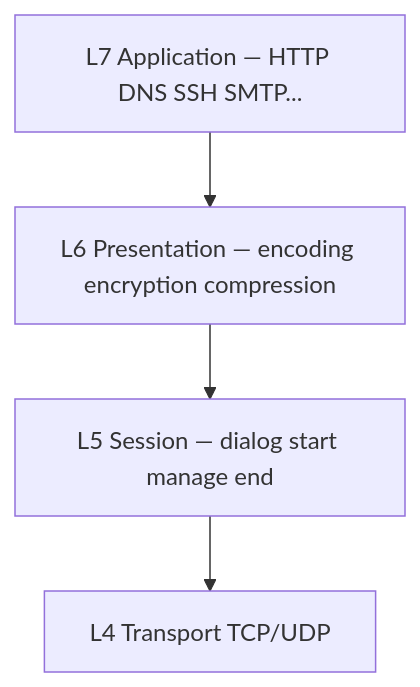
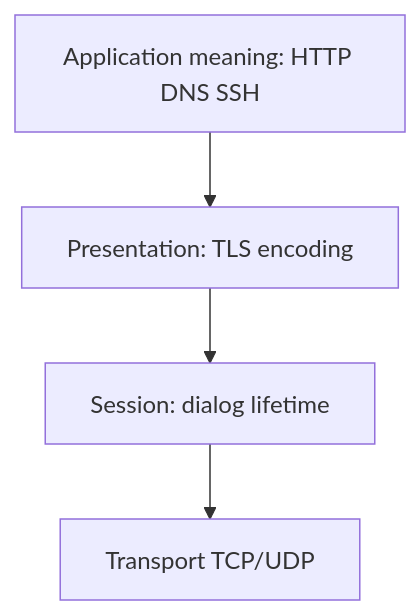
Before and after one commit to omnayak27199/pktana: the first of 7 diagrams in learning/07-application-layer.md, drawn with Mermaid. The commit also changed other lines of this file and 14 other files, not shown here.

````diff
--- a/learning/07-application-layer.md
+++ b/learning/07-application-layer.md
@@ -11,7 +21,8 @@
 ```mermaid
 flowchart TB
-  L7[L7 Application — HTTP DNS SSH SMTP...]
-  L6[L6 Presentation — encoding encryption compression]
-  L5[L5 Session — dialog start manage end]
-  L7 --> L6 --> L5 --> L4[L4 Transport TCP/UDP]
+  L7[Application meaning: HTTP DNS SSH]
+  L6[Presentation: TLS encoding]
+  L5[Session: dialog lifetime]
+  L4[Transport TCP/UDP]
+  L7 --> L6 --> L5 --> L4
 ```
````
